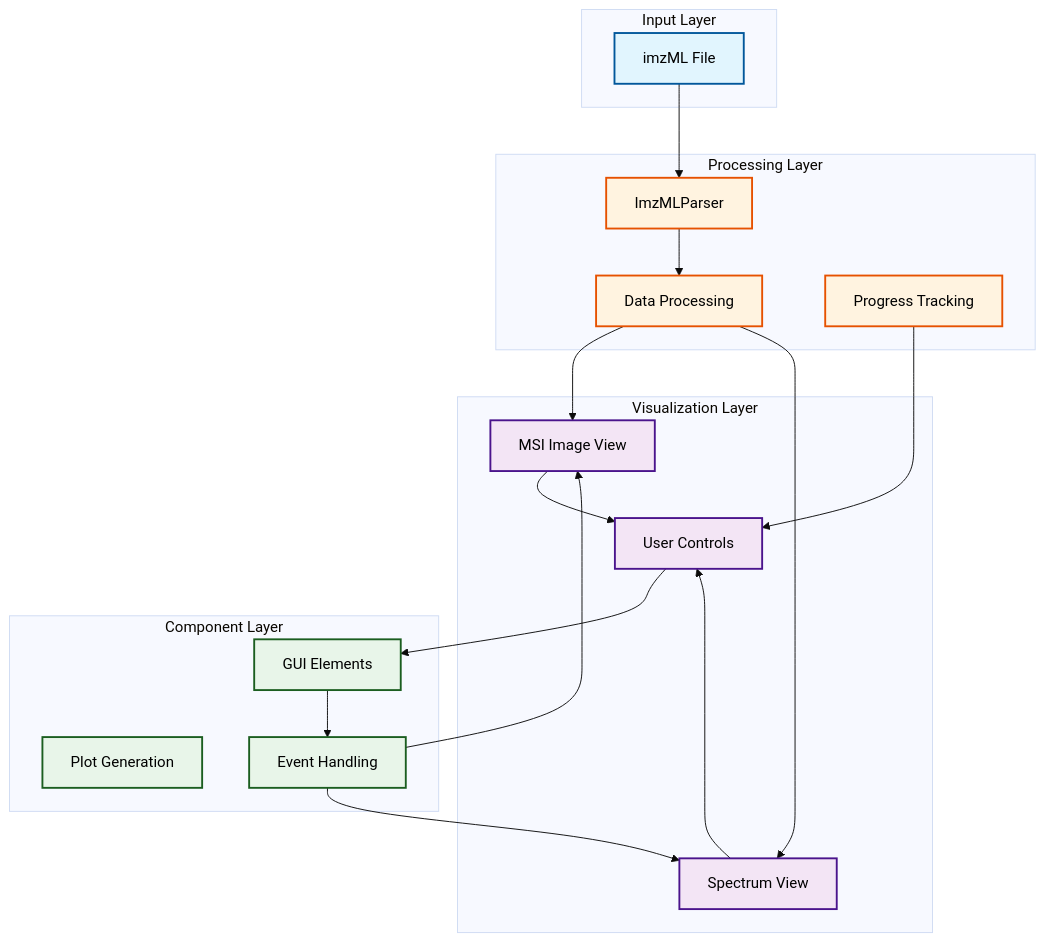
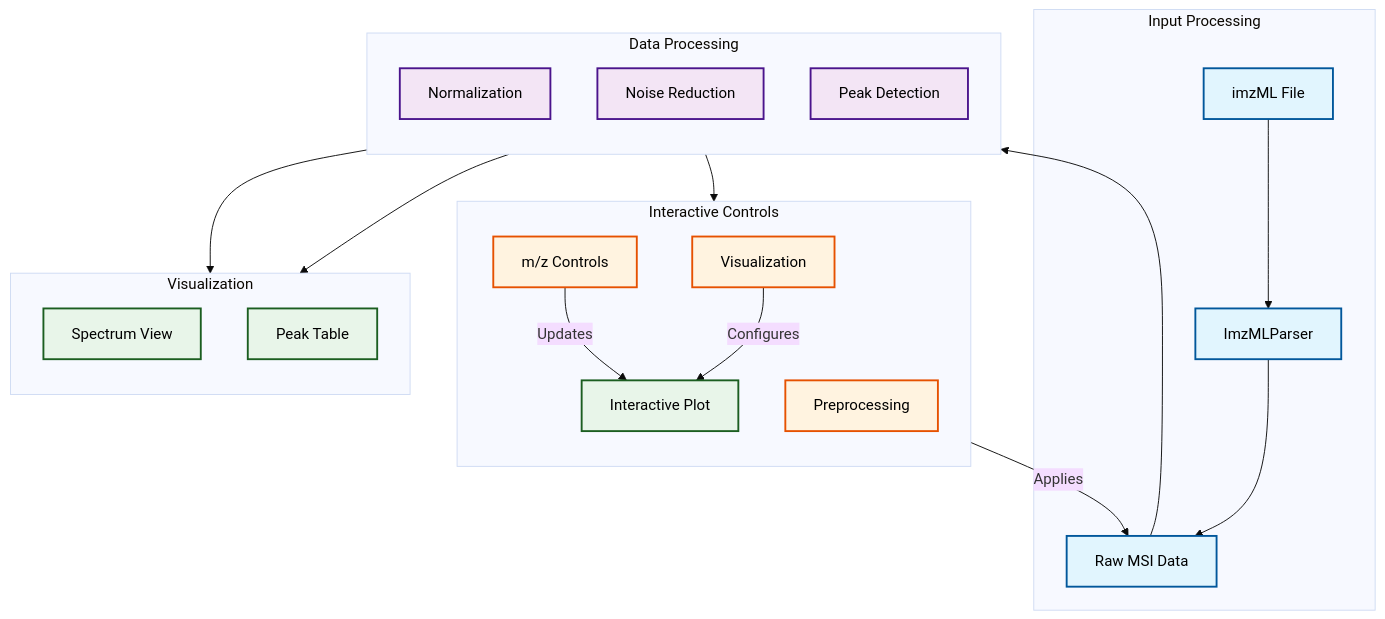
Before and after one commit to thealchemist26/MSIView-MassSpecImaging-Software: the diagram in README.md, drawn with Mermaid (base theme). The commit also changed other lines of this file, not shown here.

````diff
--- a/README.md
+++ b/README.md
@@ -7,46 +20,47 @@
 ```mermaid
 flowchart TD
-    subgraph Input["Input Layer"]
-        File["imzML File"]
+    subgraph Input["Input Processing"]
+        File["imzML File"] --> Parser["ImzMLParser"]
+        Parser --> Data["Raw MSI Data"]
     end
 
-    subgraph Processing["Processing Layer"]
-        Parser["ImzMLParser"]
-        Data["Data Processing"]
-        Progress["Progress Tracking"]
+    subgraph Controls["Interactive Controls"]
+        direction TB
+        MZ["m/z Controls"]
+        Pre["Preprocessing"]
+        Vis["Visualization"]
+        
+        MZ -->|"Updates"| Plot
+        Pre -->|"Applies"| Data
+        Vis -->|"Configures"| Plot
     end
 
-    subgraph Visualization["Visualization Layer"]
-        MSI["MSI Image View"]
-        Spectrum["Spectrum View"]
-        Controls["User Controls"]
+    subgraph Processing["Data Processing"]
+        direction TB
+        Norm["Normalization"]
+        Filter["Noise Reduction"]
+        Peak["Peak Detection"]
     end
 
-    subgraph Components["Component Layer"]
-        GUI["GUI Elements"]
-        Plots["Plot Generation"]
-        Events["Event Handling"]
+    subgraph Output["Visualization"]
+        direction TB
+        Plot["Interactive Plot"]
+        Spec["Spectrum View"]
+        Table["Peak Table"]
     end
 
-    File --> Parser
-    Parser --> Data
-    Data --> MSI
-    Data --> Spectrum
-    MSI --> Controls
-    Spectrum --> Controls
-    Controls --> GUI
-    GUI --> Events
-    Events --> MSI
-    Events --> Spectrum
-    Progress --> Controls
+    Data --> Processing
+    Processing --> Plot
+    Processing --> Spec
+    Processing --> Table
 
     classDef input fill:#e1f5fe,stroke:#01579b,stroke-width:2px,color:#000
-    classDef process fill:#fff3e0,stroke:#e65100,stroke-width:2px,color:#000
-    classDef visual fill:#f3e5f5,stroke:#4a148c,stroke-width:2px,color:#000
-    classDef component fill:#e8f5e9,stroke:#1b5e20,stroke-width:2px,color:#000
+    classDef control fill:#fff3e0,stroke:#e65100,stroke-width:2px,color:#000
+    classDef process fill:#f3e5f5,stroke:#4a148c,stroke-width:2px,color:#000
+    classDef output fill:#e8f5e9,stroke:#1b5e20,stroke-width:2px,color:#000
 
-    class File input
-    class Parser,Data,Progress process
-    class MSI,Spectrum,Controls visual
-    class GUI,Plots,Events component
+    class File,Parser,Data input
+    class MZ,Pre,Vis control
+    class Norm,Filter,Peak process
+    class Plot,Spec,Table output
 ```
````
